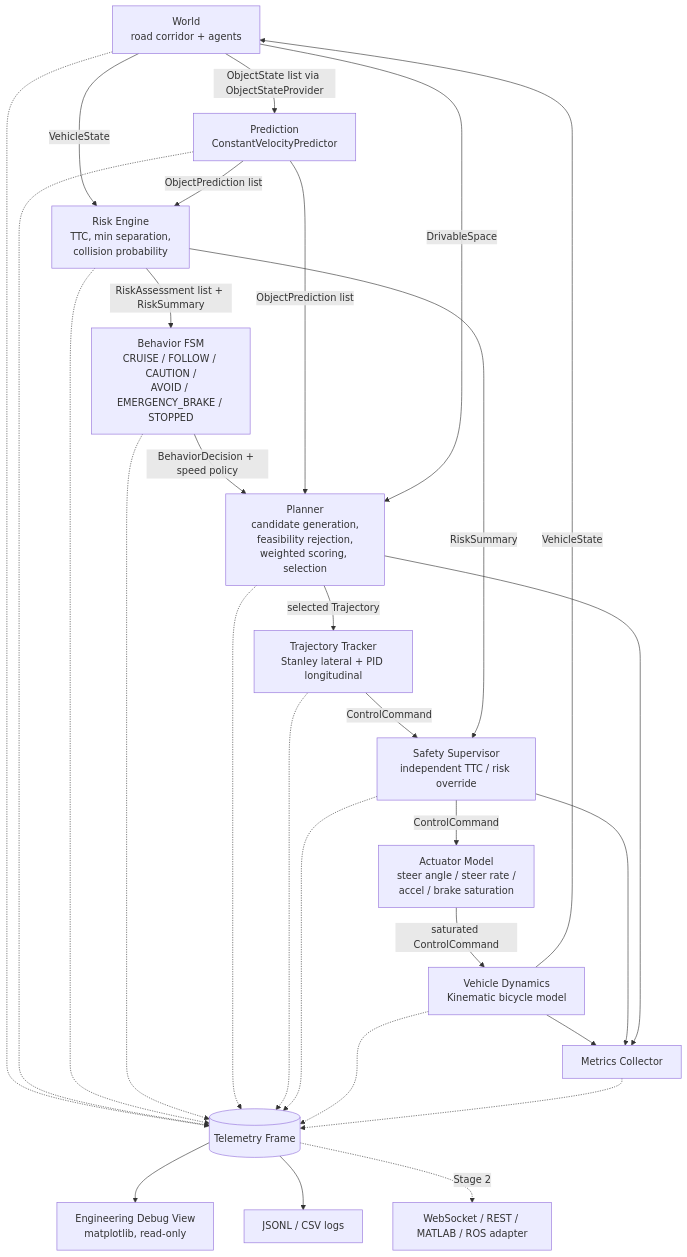
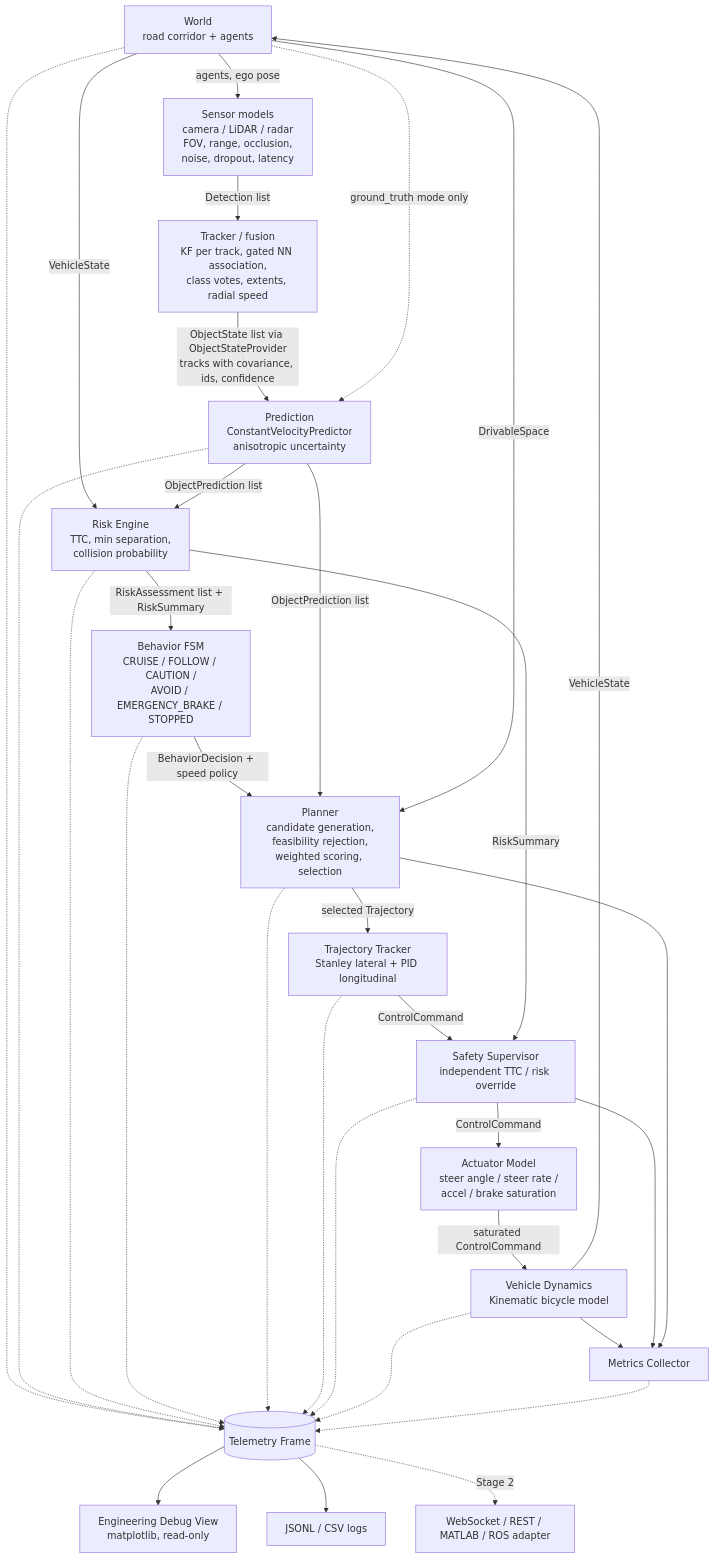
Before and after one commit to Abhinav-P1223/SIH-SDV: the diagram in docs/ARCHITECTURE.md, drawn with Mermaid. The commit also changed other lines of this file and 24 other files, not shown here.

Commit message:
Four SIH scenarios (village, intersection, highway merge, dense market), road-following prediction prior, plan-consistency cost, uncertainty-margin cap, sensor ablation stress, FOLLOW lead-gone fix, docs

````diff
--- a/docs/ARCHITECTURE.md
+++ b/docs/ARCHITECTURE.md
@@ -32,32 +37,35 @@
 ```mermaid
 flowchart TD
-    W[World<br/>road corridor + agents] -->|ObjectState list via ObjectStateProvider| P[Prediction<br/>ConstantVelocityPredictor]
+    W[World<br/>road corridor + agents] -->|agents, ego pose| SEN[Sensor models<br/>camera / LiDAR / radar<br/>FOV, range, occlusion,<br/>noise, dropout, latency]
+    SEN -->|Detection list| FUS[Tracker / fusion<br/>KF per track, gated NN association,<br/>class votes, extents, radial speed]
+    FUS -->|ObjectState list via ObjectStateProvider<br/>tracks with covariance, ids, confidence| P[Prediction<br/>ConstantVelocityPredictor<br/>anisotropic uncertainty]
+    W -.->|ground_truth mode only| P
     W -->|VehicleState| R
     P -->|ObjectPrediction list| R[Risk Engine<br/>TTC, min separation,<br/>collision probability]
     R -->|RiskAssessment list + RiskSummary| B[Behavior FSM<br/>CRUISE / FOLLOW / CAUTION /<br/>AVOID / EMERGENCY_BRAKE / STOPPED]
     B -->|BehaviorDecision + speed policy| PL[Planner<br/>candidate generation,<br/>feasibility rejection,<br/>weighted scoring, selection]
     P -->|ObjectPrediction list| PL
     W -->|DrivableSpace| PL
     PL -->|selected Trajectory| C[Trajectory Tracker<br/>Stanley lateral + PID longitudinal]
     C -->|ControlCommand| S[Safety Supervisor<br/>independent TTC / risk override]
     R -->|RiskSummary| S
     S -->|ControlCommand| A[Actuator Model<br/>steer angle / steer rate /<br/>accel / brake saturation]
     A -->|saturated ControlCommand| V[Vehicle Dynamics<br/>Kinematic bicycle model]
     V -->|VehicleState| W
 
     W -.-> T[(Telemetry Frame)]
     P -.-> T
     R -.-> T
     B -.-> T
     PL -.-> T
     C -.-> T
     S -.-> T
     V -.-> T
     M[Metrics Collector] -.-> T
     V --> M
     S --> M
     PL --> M
     T --> VIS[Engineering Debug View<br/>matplotlib, read-only]
     T --> LOG[JSONL / CSV logs]
     T -. Stage 2 .-> WS[WebSocket / REST / MATLAB / ROS adapter]
 ```
````
